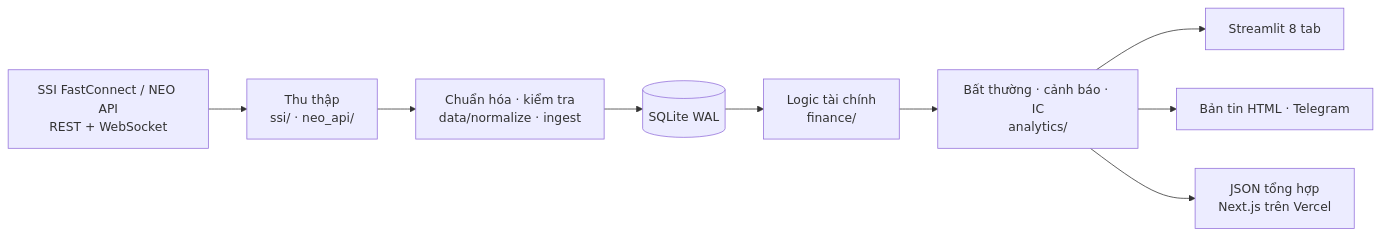
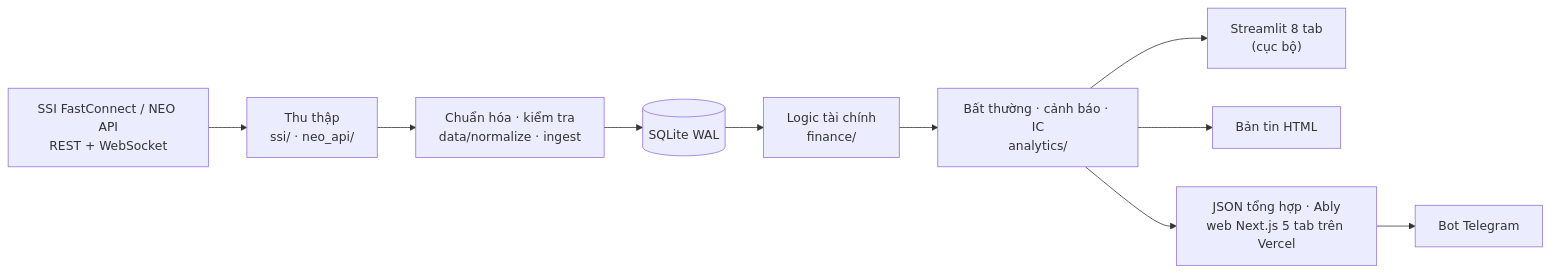
One commit to thienanpham160806-code/neopulse-radar changed the first of 2 diagrams in README.md. Above: the diagram before and after it, drawn with Mermaid. The commit also changed other lines of this file and 9 other files, not shown here.

First line of the commit message:
docs: README và tài liệu khớp hiện trạng SSI, web 5 tab, bot

````diff
--- a/README.md
+++ b/README.md
@@ -57,11 +57,12 @@
 ```mermaid
 flowchart LR
     SRC["SSI FastConnect / NEO API<br/>REST + WebSocket"] --> ING["Thu thập<br/>ssi/ · neo_api/"]
     ING --> NORM["Chuẩn hóa · kiểm tra<br/>data/normalize · ingest"]
     NORM --> DB[("SQLite WAL")]
     DB --> FIN["Logic tài chính<br/>finance/"]
     FIN --> ANA["Bất thường · cảnh báo · IC<br/>analytics/"]
-    ANA --> APP["Streamlit 8 tab"]
-    ANA --> BRF["Bản tin HTML · Telegram"]
-    ANA --> WEB["JSON tổng hợp<br/>Next.js trên Vercel"]
+    ANA --> APP["Streamlit 8 tab<br/>(cục bộ)"]
+    ANA --> BRF["Bản tin HTML"]
+    ANA --> WEB["JSON tổng hợp · Ably<br/>web Next.js 5 tab trên Vercel"]
+    WEB --> BOT["Bot Telegram"]
 ```
````
